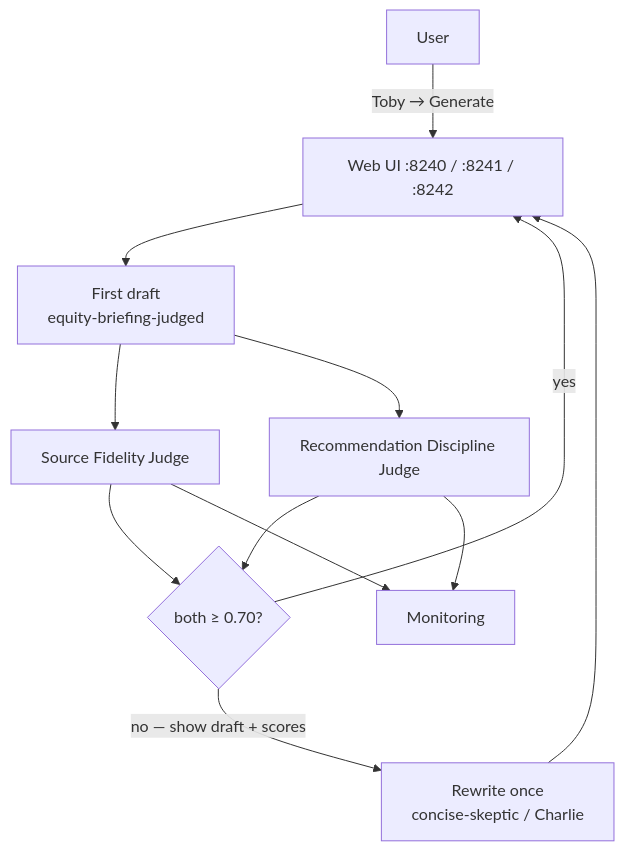
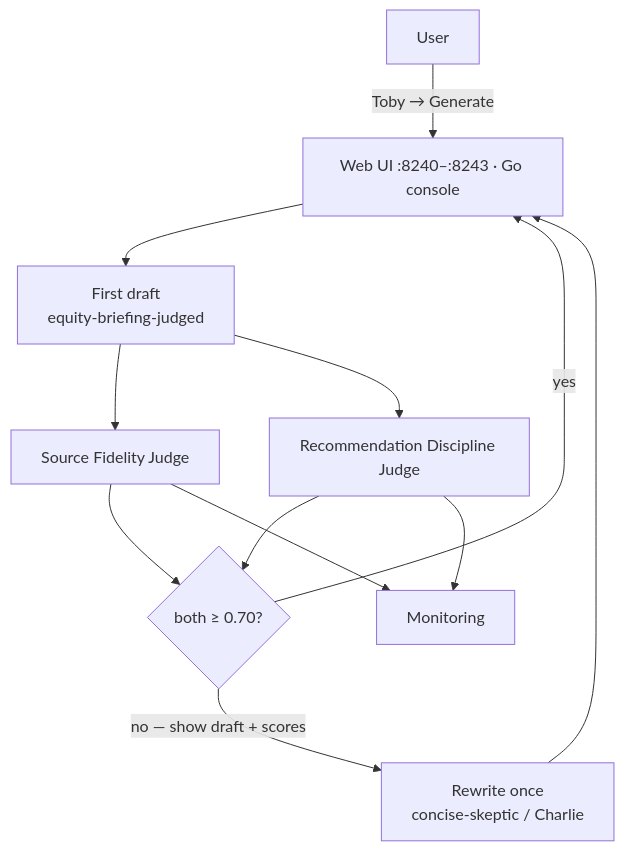
One commit to marcoman/lunch-marcoly changed the diagram in 20-agent-config/24-agent-judges/README.md. Above: the diagram before and after it, drawn with Mermaid. The commit also changed other lines of this file and 17 other files, not shown here.

````diff
--- a/20-agent-config/24-agent-judges/README.md
+++ b/20-agent-config/24-agent-judges/README.md
@@ -17,18 +17,18 @@
 ```mermaid
 flowchart TB
   User["User"]
-  UI["Web UI :8240 / :8241 / :8242"]
+  UI["Web UI :8240–:8243 · Go console"]
   Draft["First draft<br/>equity-briefing-judged"]
   J1["Source Fidelity Judge"]
   J2["Recommendation Discipline Judge"]
   Gate{"both ≥ 0.70?"}
   Rewrite["Rewrite once<br/>concise-skeptic / Charlie"]
   Mon["Monitoring"]
 
   User -->|"Toby → Generate"| UI --> Draft
   Draft --> J1 & J2
   J1 & J2 --> Gate
   Gate -->|yes| UI
   Gate -->|no — show draft + scores| Rewrite --> UI
   J1 & J2 --> Mon
 ```
````
